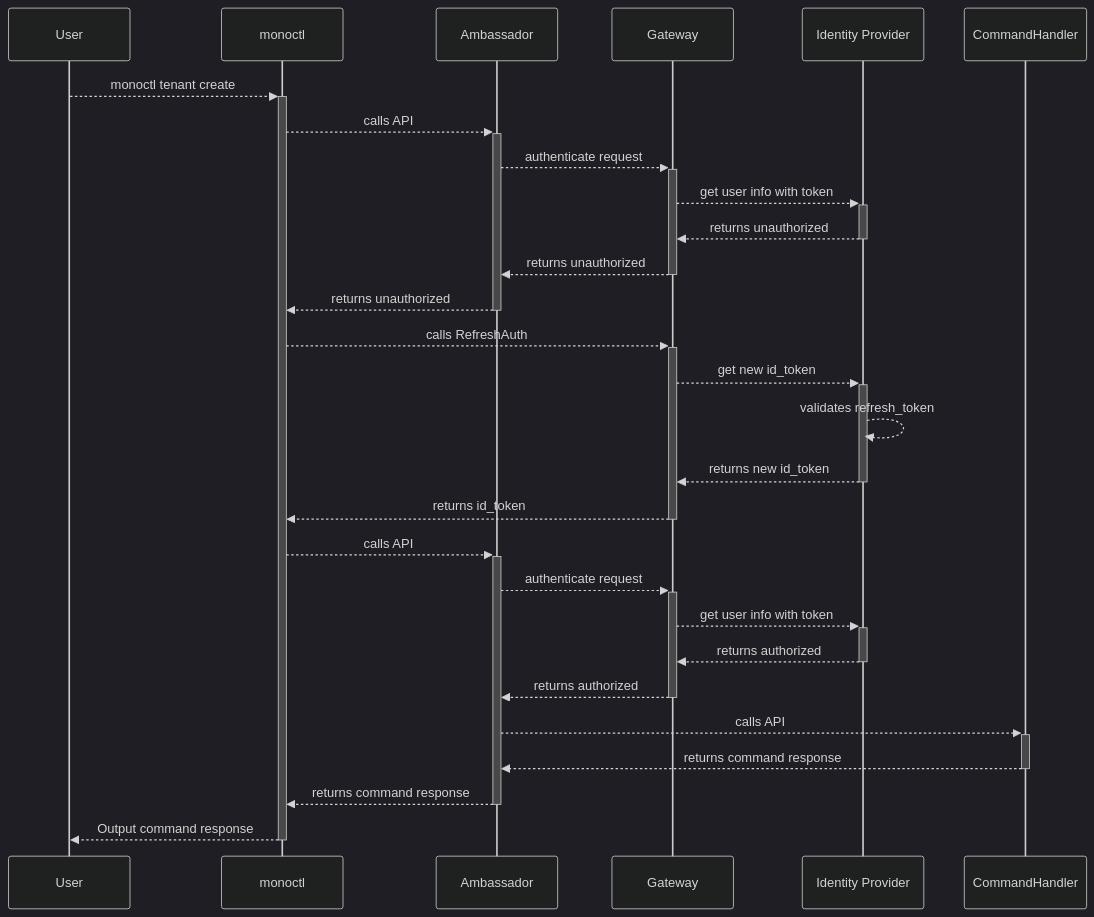
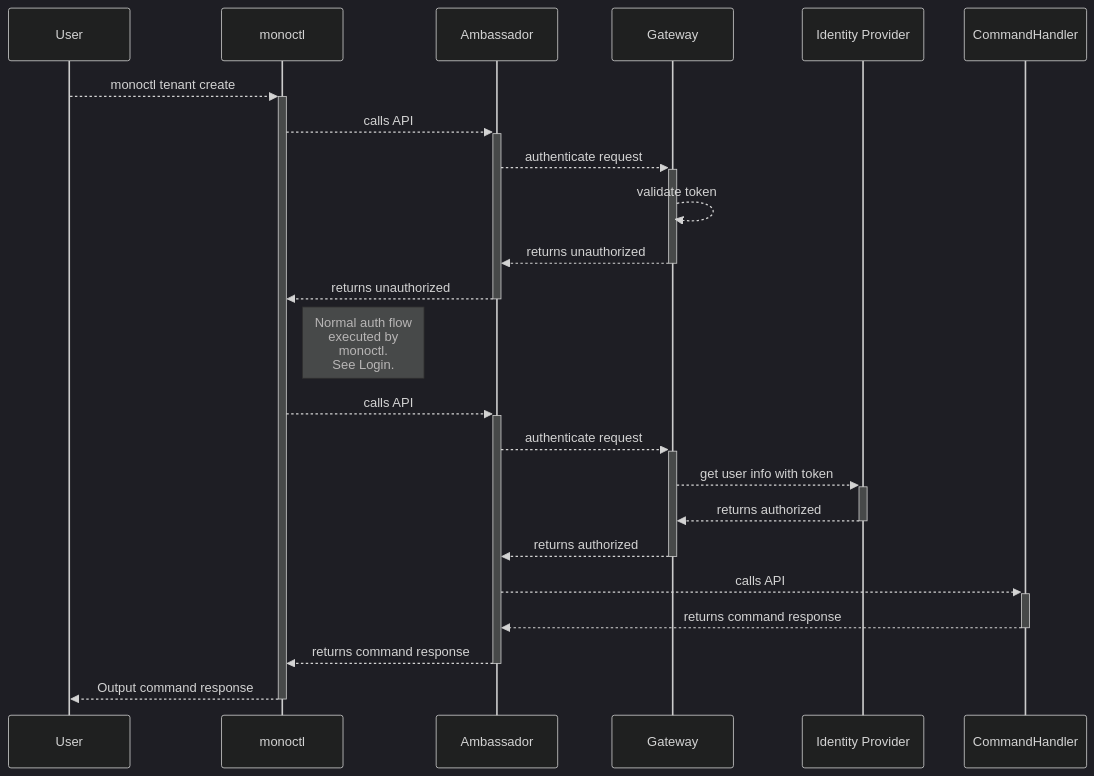
The diagram in docs/flow-charts/sd-monoctl-refresh.mmd (finleap-connect/monoskope), drawn with Mermaid (dark theme) before and after one commit. The commit also changed 7 other files, not shown here.

Commit message:
Update charts

```diff
--- a/docs/flow-charts/sd-monoctl-refresh.mmd
+++ b/docs/flow-charts/sd-monoctl-refresh.mmd
@@ -1,28 +1,23 @@
 sequenceDiagram
     participant U as User
     participant M as monoctl
     participant A as Ambassador
     participant G as Gateway
     participant I as Identity Provider
     participant C as CommandHandler
     U-->>+M: monoctl tenant create
     M-->>+A: calls API
     A-->>+G: authenticate request
-    G-->>+I: get user info with token
-    I-->>-G: returns unauthorized
+    G-->>G: validate token
     G-->>-A: returns unauthorized
     A-->>-M: returns unauthorized
-    M-->>+G: calls RefreshAuth
-    G-->>+I: get new id_token
-    I-->>I: validates refresh_token
-    I-->>-G: returns new id_token
-    G-->>-M: returns id_token
+    Note right of M: Normal auth flow<br> executed by<br>monoctl.<br>See Login.
     M-->>+A: calls API
     A-->>+G: authenticate request
     G-->>+I: get user info with token
     I-->>-G: returns authorized
     G-->>-A: returns authorized
     A-->>+C: calls API
     C-->>-A: returns command response
     A-->>-M: returns command response
     M-->>-U: Output command response
```
